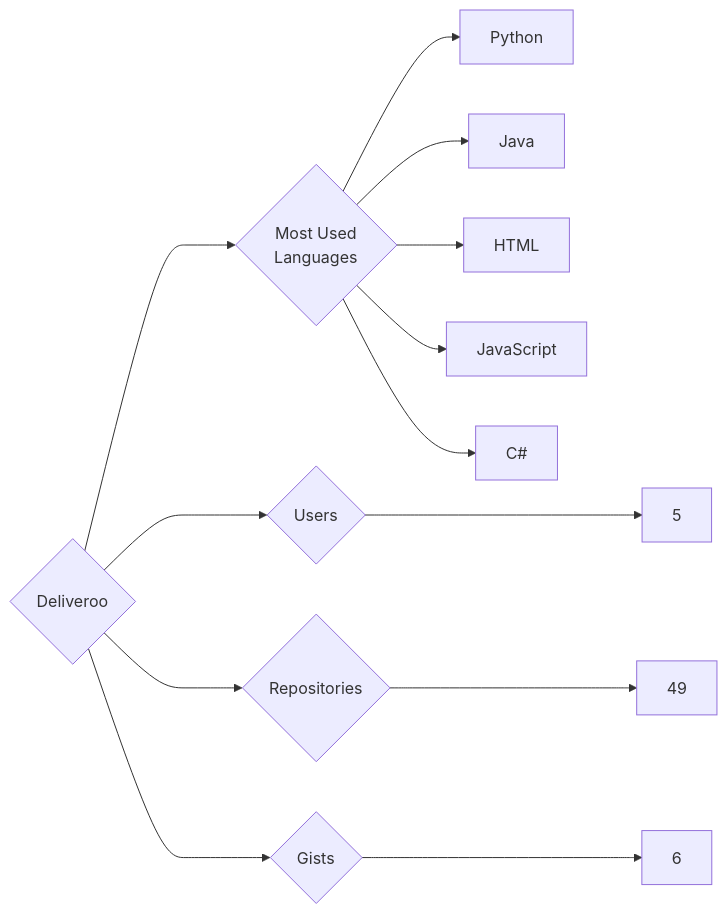
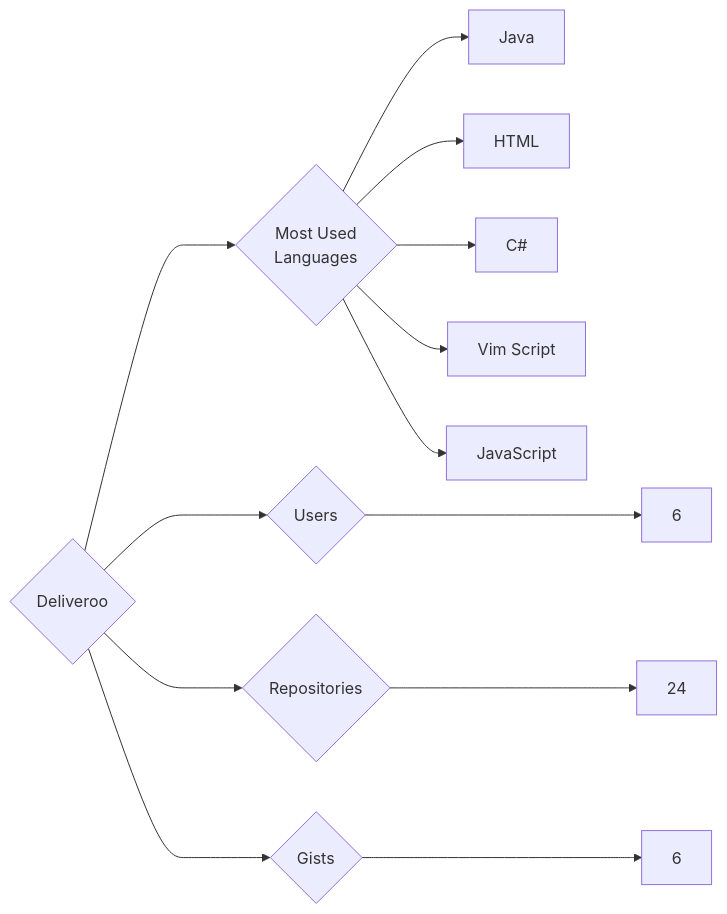
One commit to trickest/insiders changed the diagram in targets/Deliveroo/README.md. Above: the diagram before and after it, drawn with Mermaid. The commit also changed 776 other files, not shown here.

````diff
--- a/targets/Deliveroo/README.md
+++ b/targets/Deliveroo/README.md
@@ -3,13 +3,13 @@
 ```mermaid
 graph LR
 COMPANY_NAME{Deliveroo}
-COMPANY_NAME ---> U{Users} ---> UN[5]
-COMPANY_NAME ---> R{Repositories} ---> RN[49]
+COMPANY_NAME ---> U{Users} ---> UN[6]
+COMPANY_NAME ---> R{Repositories} ---> RN[24]
 COMPANY_NAME ---> G{Gists} ---> GN[6]
 COMPANY_NAME ---> ML{Most Used<br>Languages}
-ML --> Python[Python]
 ML --> Java[Java]
 ML --> HTML[HTML]
+ML --> C#[C#]
+ML --> Vim_Script[Vim Script]
 ML --> JavaScript[JavaScript]
-ML --> C#[C#]
 ```
````
